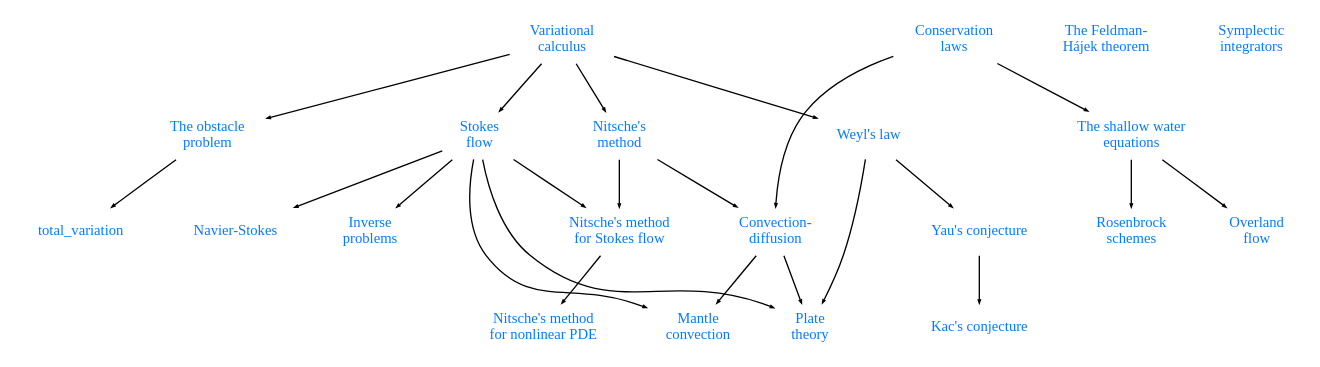
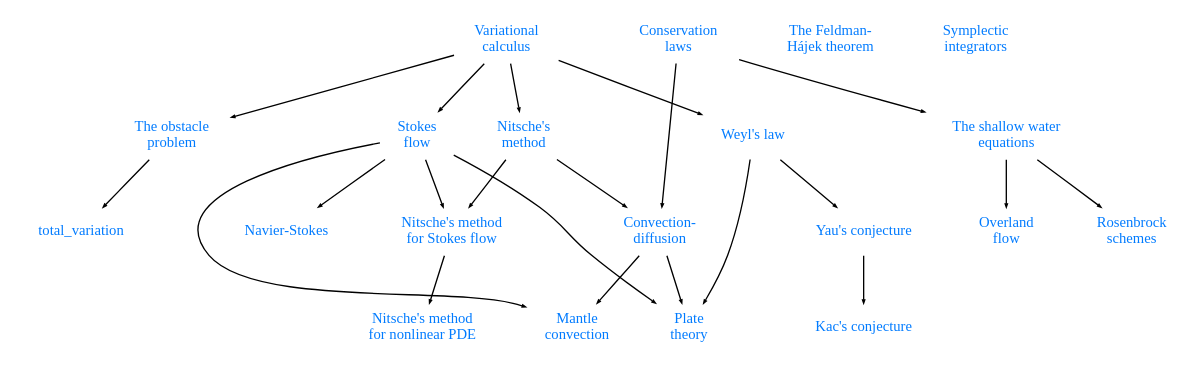
The diagram in pages/index.rst (danshapero/danshapero.github.io), drawn with Graphviz before and after one commit. The commit also changed 1 other file, not shown here.

Commit message:
Remove inverse problems notebook
scipy won't work

```diff
--- a/pages/index.rst
+++ b/pages/index.rst
@@ -17,61 +17,61 @@
 .. graphviz::
 
     digraph posts {
         node [shape="plaintext", fontcolor="#007bff", fontsize="11"];
         edge [arrowsize=0.25];
 
         calc [label="Variational\ncalculus", href="/posts/variational-calculus/"];
         stokes [label="Stokes\nflow", href="/posts/stokes/"];
         karman [label="Navier-Stokes", href="/posts/karman-vortices/"];
         weyl [label="Weyl's law", href="/posts/weyls-law/"];
         yau [label="Yau's conjecture", href="/posts/yau-conjecture/"];
         kac [label="Kac's conjecture", href="/posts/kac-conjecture/"];
         nitsche [label="Nitsche's\nmethod", href="/posts/nitsches-method/"];
         nitsche_stokes [label="Nitsche's method\nfor Stokes flow", href="/posts/nitsches-method-stokes/"];
         nitsche_nonlinear [label="Nitsche's method\nfor nonlinear PDE", href="/posts/nitsches-method-nonlinear/"];
         obstacle [label="The obstacle\nproblem", href="/posts/obstacle-problem/"];
         conservation_laws [label="Conservation\nlaws", href="/posts/conservation-laws/"];
         convection_diffusion [label="Convection-\ndiffusion", href="/posts/convection-diffusion/"];
         mantle_convection [label="Mantle\nconvection", href="/posts/mantle-convection/"];
         plate_theory [label="Plate\ntheory", href="/posts/plate-theory/"];
-        inverse_problems [label="Inverse\nproblems", href="/posts/inverse-problems"];
+        // inverse_problems [label="Inverse\nproblems", href="/posts/inverse-problems"];
         feldman_hajek [label="The Feldman-\nHájek theorem", href="/posts/feldman-hajek"];
         // total_variation [label="Total\nvariation\nregularization", href="/posts/total-variation"];
         // admm [label="Alternating\ndirection\nmethod of\nmultipliers", href="/posts/admm"];
         shallow_water [label="The shallow water\nequations", href="/posts/shallow-water/"];
         overland_flow [label="Overland\nflow", href="/posts/overland-flow/"];
         rosenbrock [label="Rosenbrock\nschemes", href="/posts/rosenbrock/"];
         // langevin [label="Langevin\nMonte\nCarlo", href="/posts/langevin-mcmc/"];
         symplectic [label="Symplectic\nintegrators", href="/posts/symplectic-integrators/"];
         // billiards [label="Billiards\non surfaces", href="/posts/surface-billiards/"];
 
         {rank=same; calc, conservation_laws};
 
         calc -> weyl;
         calc -> stokes;
         calc -> nitsche;
         calc -> obstacle;
         stokes -> nitsche_stokes;
         stokes -> karman;
-        stokes -> inverse_problems;
+        // stokes -> inverse_problems;
         // inverse_problems -> total_variation;
         // nitsche -> admm;
         // total_variation -> admm;
         // inverse_problems -> langevin;
         obstacle -> total_variation;
         weyl -> yau;
         yau -> kac;
         nitsche -> nitsche_stokes;
         nitsche_stokes -> nitsche_nonlinear;
         conservation_laws -> convection_diffusion;
         conservation_laws -> shallow_water;
         shallow_water -> rosenbrock;
         shallow_water -> overland_flow;
         nitsche -> convection_diffusion;
         convection_diffusion -> mantle_convection;
         stokes -> mantle_convection;
         weyl -> plate_theory;
         stokes -> plate_theory;
         convection_diffusion -> plate_theory;
         // symplectic -> billiards;
     }
```
